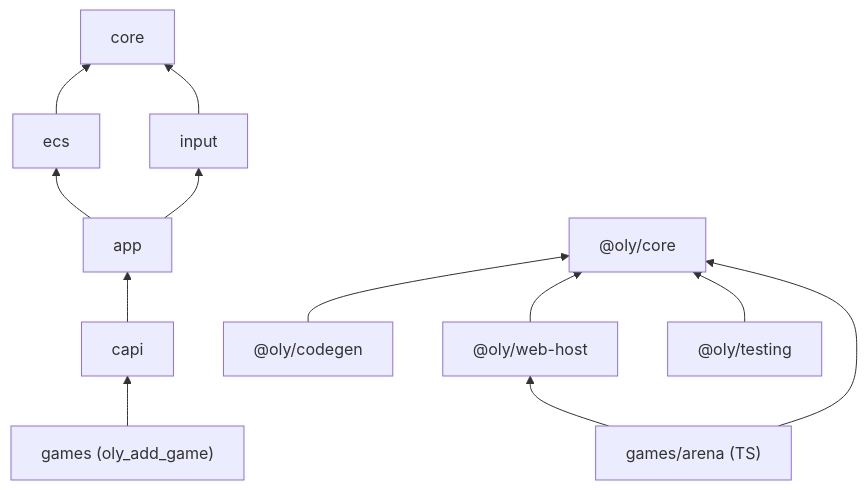
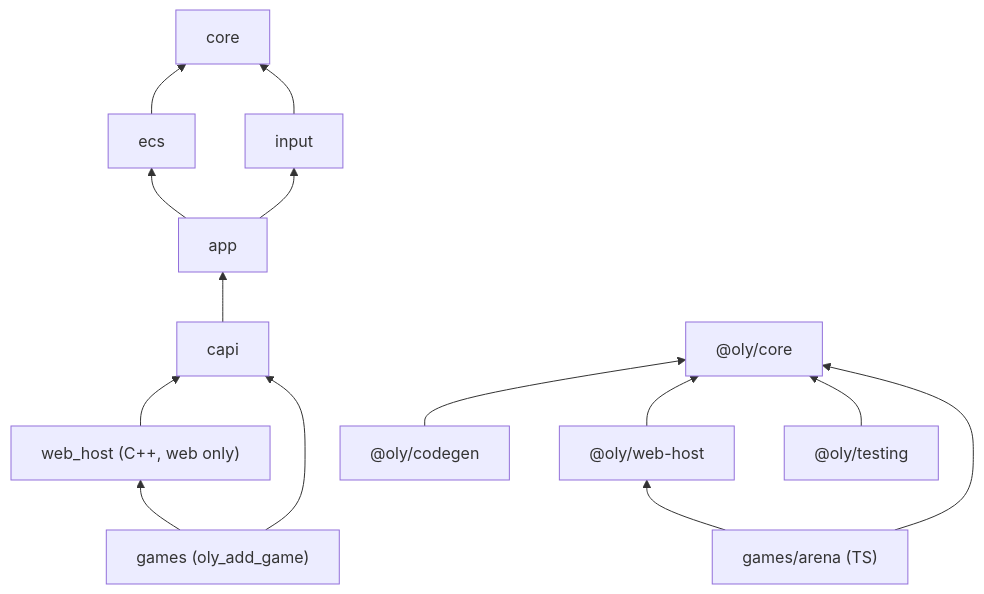
Before and after one commit to Danrley-Ruan-Saquetti/ECSArchetype: the diagram in docs/architecture/modules-and-boundaries.md, drawn with Mermaid. The commit also changed other lines of this file and 19 other files, not shown here.

Commit message:
refactor: move the JS script invoker into the web host

````diff
--- a/docs/architecture/modules-and-boundaries.md
+++ b/docs/architecture/modules-and-boundaries.md
@@ -5,14 +5,16 @@
 ```mermaid
 graph BT
   ecs --> core
   input --> core
   app --> ecs
   app --> input
   capi --> app
+  webHost_native["web_host (C++, web only)"] --> capi
   games["games (oly_add_game)"] --> capi
+  games --> webHost_native
   codegen["@oly/codegen"] --> tscore["@oly/core"]
   webHost["@oly/web-host"] --> tscore
   testing["@oly/testing"] --> tscore
   arena["games/arena (TS)"] --> tscore
   arena --> webHost
 ```
````
